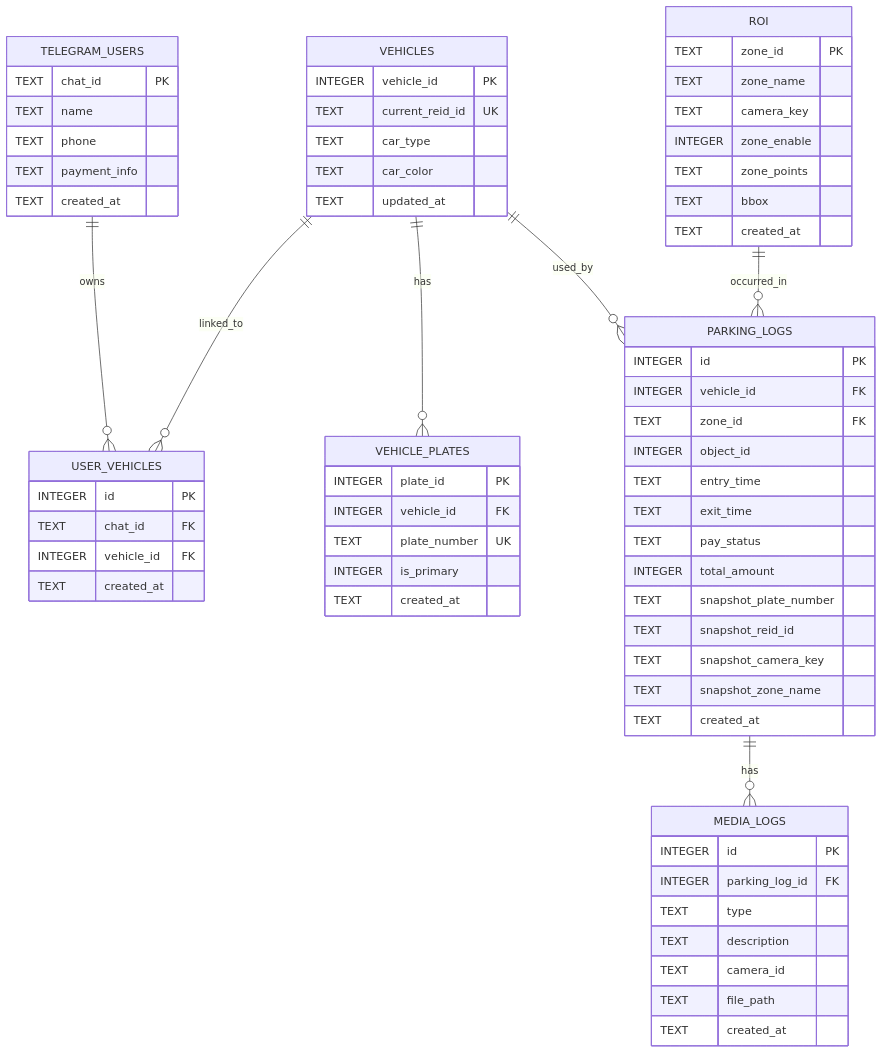
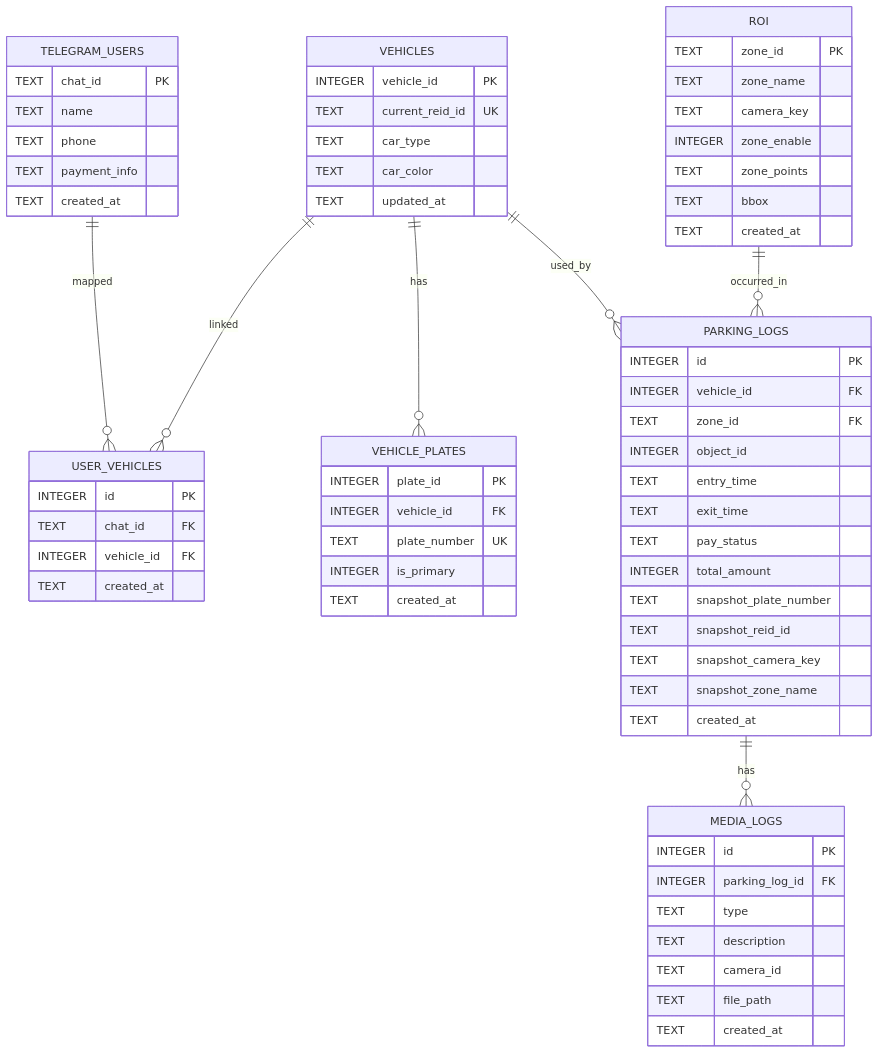
One commit to VEDA-Final-Project/veda_QT changed the diagram in docs/database_erd.md. Above: the diagram before and after it, drawn with Mermaid. The commit also changed other lines of this file and 12 other files, not shown here.

````diff
--- a/docs/database_erd.md
+++ b/docs/database_erd.md
@@ -97,76 +21,76 @@
 ```mermaid
 erDiagram
     TELEGRAM_USERS {
         TEXT chat_id PK
         TEXT name
         TEXT phone
         TEXT payment_info
         TEXT created_at
     }
 
     VEHICLES {
         INTEGER vehicle_id PK
         TEXT current_reid_id UK
         TEXT car_type
         TEXT car_color
         TEXT updated_at
     }
 
     VEHICLE_PLATES {
         INTEGER plate_id PK
         INTEGER vehicle_id FK
         TEXT plate_number UK
         INTEGER is_primary
         TEXT created_at
     }
 
     USER_VEHICLES {
         INTEGER id PK
         TEXT chat_id FK
         INTEGER vehicle_id FK
         TEXT created_at
     }
 
     ROI {
         TEXT zone_id PK
         TEXT zone_name
         TEXT camera_key
         INTEGER zone_enable
         TEXT zone_points
         TEXT bbox
         TEXT created_at
     }
 
     PARKING_LOGS {
         INTEGER id PK
         INTEGER vehicle_id FK
         TEXT zone_id FK
         INTEGER object_id
         TEXT entry_time
         TEXT exit_time
         TEXT pay_status
         INTEGER total_amount
         TEXT snapshot_plate_number
         TEXT snapshot_reid_id
         TEXT snapshot_camera_key
         TEXT snapshot_zone_name
         TEXT created_at
     }
 
     MEDIA_LOGS {
         INTEGER id PK
         INTEGER parking_log_id FK
         TEXT type
         TEXT description
         TEXT camera_id
         TEXT file_path
         TEXT created_at
     }
 
-    TELEGRAM_USERS ||--o{ USER_VEHICLES : "owns"
-    VEHICLES ||--o{ USER_VEHICLES : "linked_to"
+    TELEGRAM_USERS ||--o{ USER_VEHICLES : "mapped"
+    VEHICLES ||--o{ USER_VEHICLES : "linked"
     VEHICLES ||--o{ VEHICLE_PLATES : "has"
     VEHICLES ||--o{ PARKING_LOGS : "used_by"
     ROI ||--o{ PARKING_LOGS : "occurred_in"
     PARKING_LOGS ||--o{ MEDIA_LOGS : "has"
 ```
````
